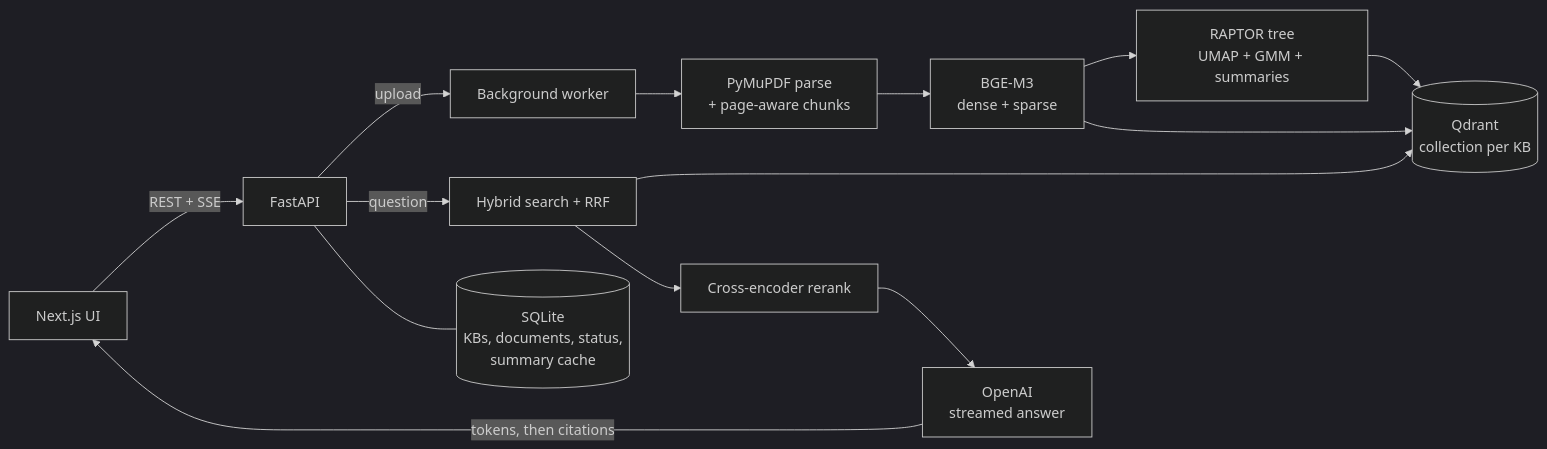
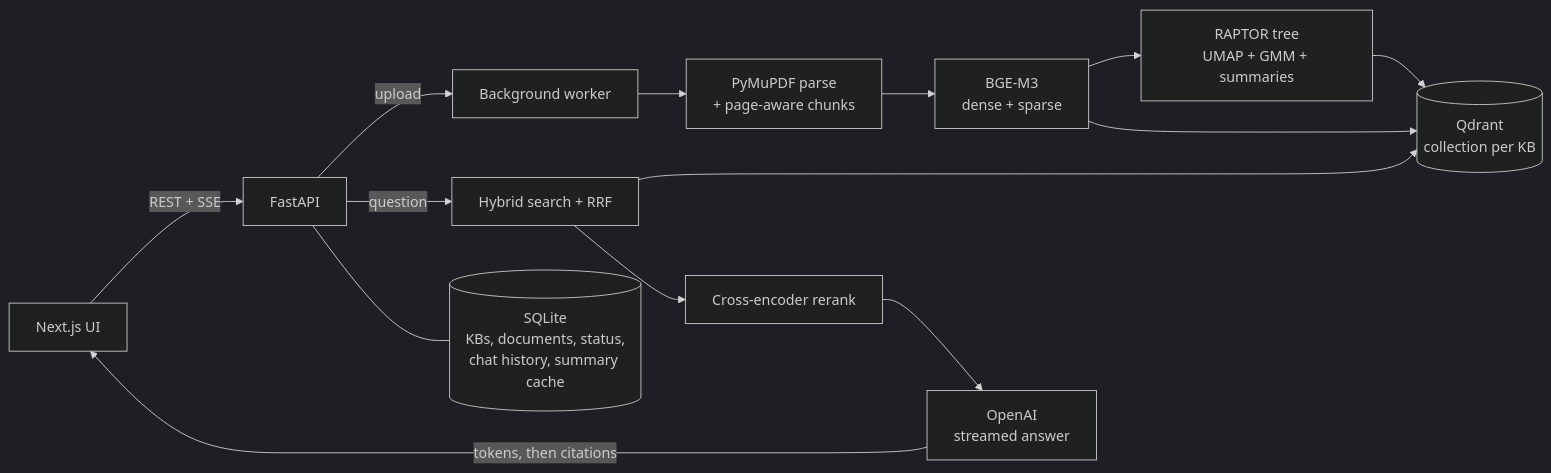
Before and after one commit to HumdaanSyed/AI-QA-System-with-RAPTOR: the diagram in README.md, drawn with Mermaid (dark theme). The commit also changed other lines of this file and 1 other file, not shown here.

First line of the commit message:
README: document chat history and the sidebar, refresh the screenshot

````diff
--- a/README.md
+++ b/README.md
@@ -33,16 +36,16 @@
 ```mermaid
 flowchart LR
     UI[Next.js UI] -- REST + SSE --> API[FastAPI]
     API -- upload --> W[Background worker]
     W --> P[PyMuPDF parse<br/>+ page-aware chunks]
     P --> E[BGE-M3<br/>dense + sparse]
     E --> T[RAPTOR tree<br/>UMAP + GMM + summaries]
     E --> Q[(Qdrant<br/>collection per KB)]
     T --> Q
     API -- question --> R[Hybrid search + RRF]
     R --> Q
     R --> RR[Cross-encoder rerank]
     RR --> LLM[OpenAI<br/>streamed answer]
     LLM -- tokens, then citations --> UI
-    API --- DB[(SQLite<br/>KBs, documents, status,<br/>summary cache)]
+    API --- DB[(SQLite<br/>KBs, documents, status,<br/>chat history, summary cache)]
 ```
````
